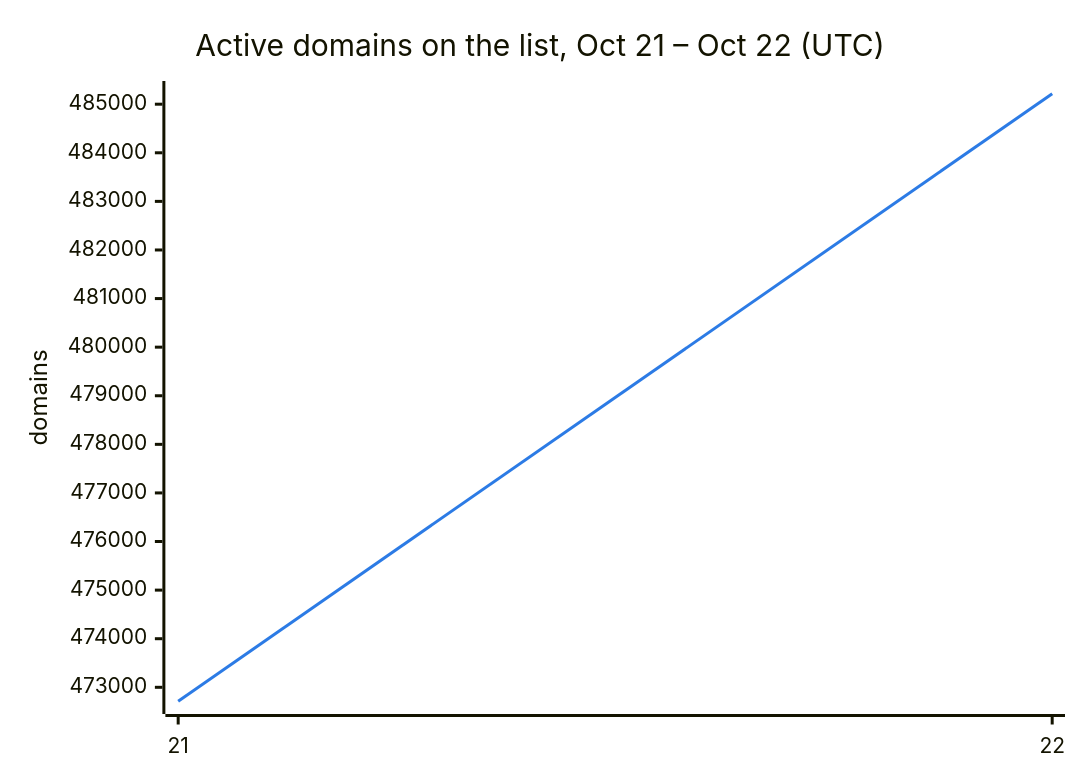
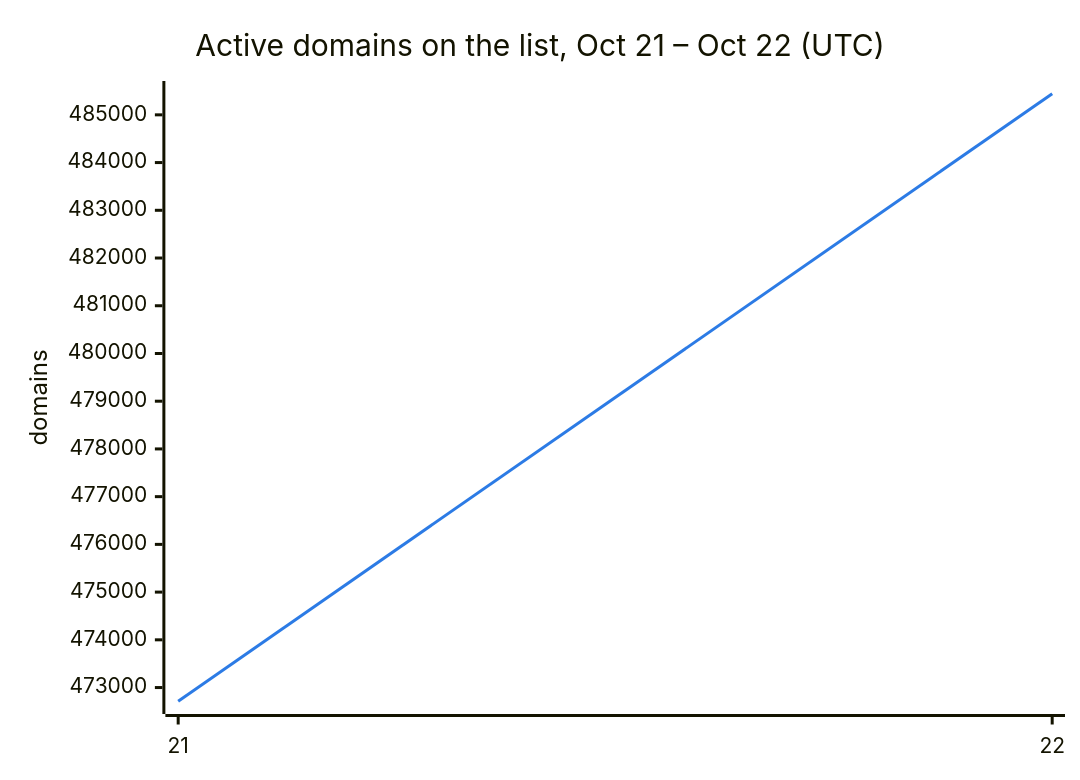
The second of 3 diagrams in README.md (DNSBunker/CTI), drawn with Mermaid before and after one commit. The commit also changed other lines of this file and 3 other files, not shown here.

````diff
--- a/README.md
+++ b/README.md
@@ -38,8 +38,8 @@
 ```mermaid
 %%{init: {"themeVariables": {"xyChart": {"plotColorPalette": "#2c7be5"}}}}%%
 xychart-beta
     title "Active domains on the list, Oct 21 – Oct 22 (UTC)"
     x-axis ["21", "22"]
     y-axis "domains"
-    line [472713, 485215]
+    line [472713, 485442]
 ```
````
